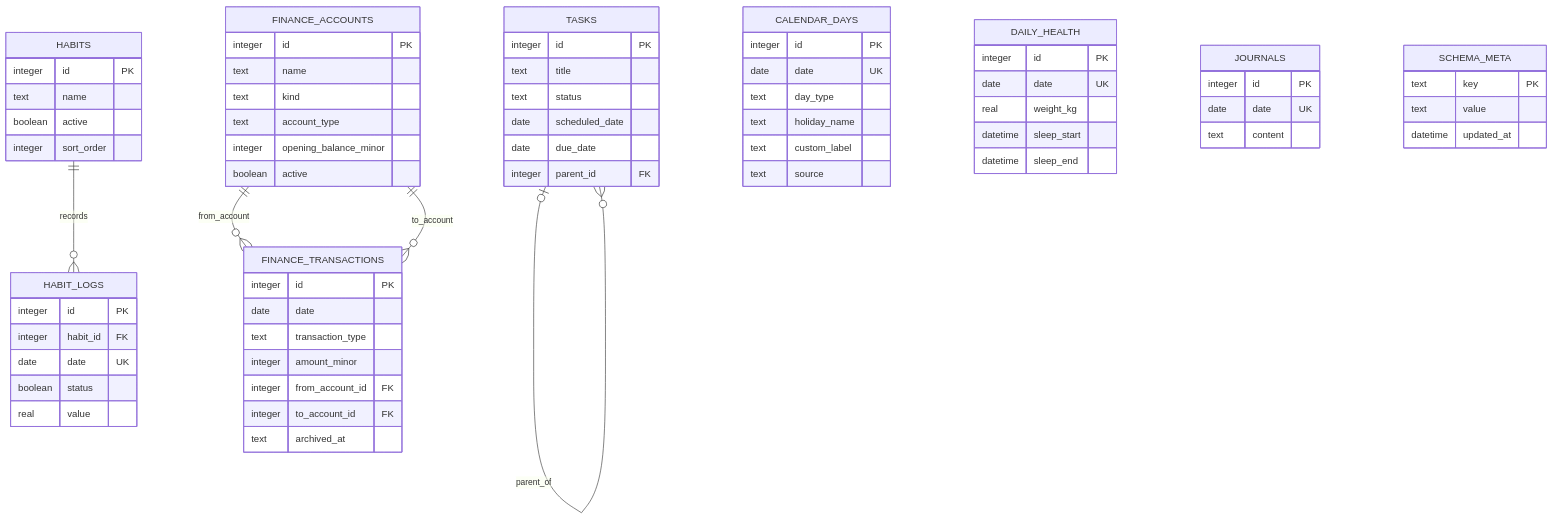
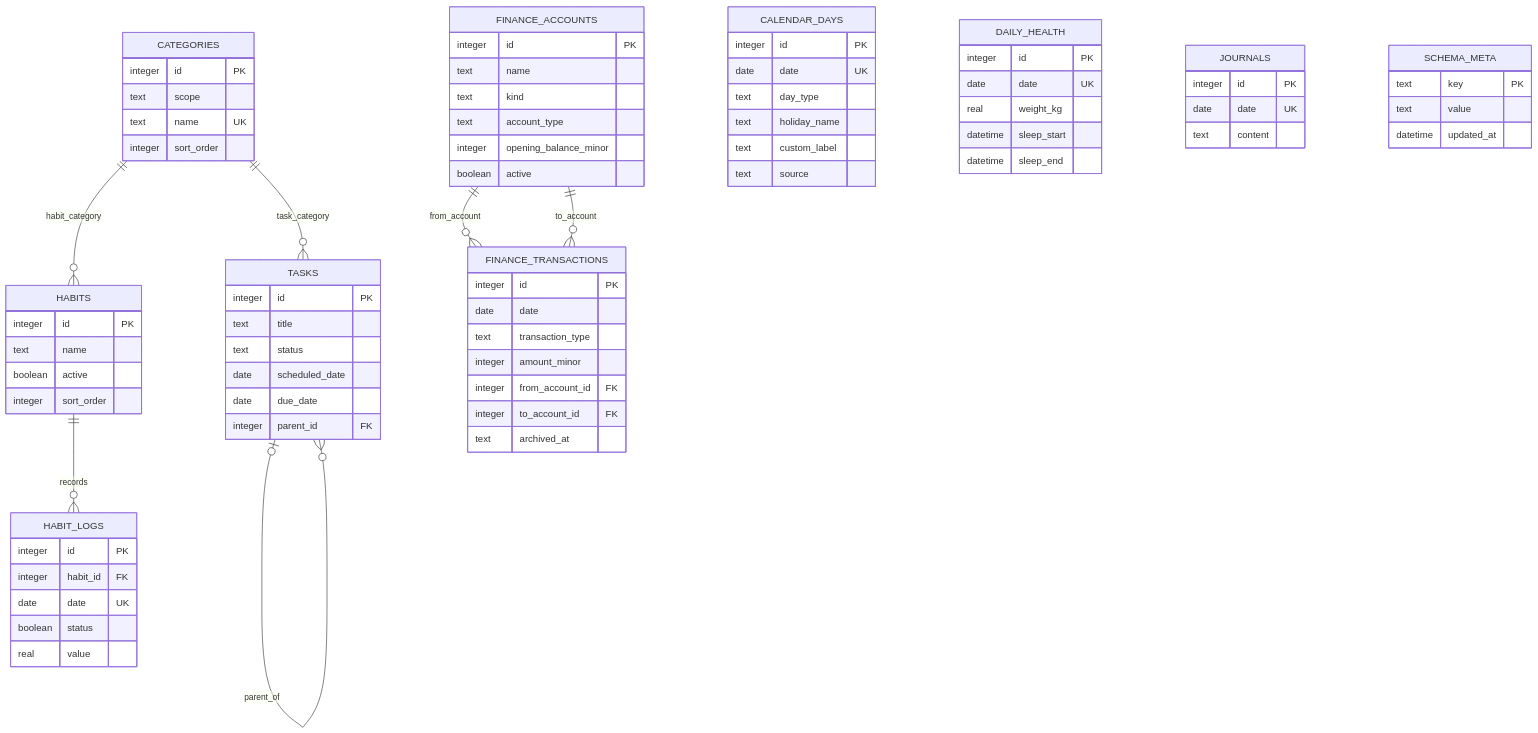
One commit to linfeng0tingyu/life-os changed the diagram in 数据库模型.md. Above: the diagram before and after it, drawn with Mermaid. The commit also changed other lines of this file and 35 other files, not shown here.

````diff
--- a/数据库模型.md
+++ b/数据库模型.md
@@ -29,72 +29,81 @@
 ```mermaid
 erDiagram
+    CATEGORIES ||--o{ HABITS : habit_category
+    CATEGORIES ||--o{ TASKS : task_category
     HABITS ||--o{ HABIT_LOGS : records
     TASKS o|--o{ TASKS : parent_of
     FINANCE_ACCOUNTS ||--o{ FINANCE_TRANSACTIONS : from_account
     FINANCE_ACCOUNTS ||--o{ FINANCE_TRANSACTIONS : to_account
 
     CALENDAR_DAYS {
         integer id PK
         date date UK
         text day_type
         text holiday_name
         text custom_label
         text source
+    }
+
+    CATEGORIES {
+        integer id PK
+        text scope
+        text name UK
+        integer sort_order
     }
 
     HABITS {
         integer id PK
         text name
         boolean active
         integer sort_order
     }
     HABIT_LOGS {
         integer id PK
         integer habit_id FK
         date date UK
         boolean status
         real value
     }
     TASKS {
         integer id PK
         text title
         text status
         date scheduled_date
         date due_date
         integer parent_id FK
     }
     DAILY_HEALTH {
         integer id PK
         date date UK
         real weight_kg
         datetime sleep_start
         datetime sleep_end
     }
     JOURNALS {
         integer id PK
         date date UK
         text content
     }
     FINANCE_ACCOUNTS {
         integer id PK
         text name
         text kind
         text account_type
         integer opening_balance_minor
         boolean active
     }
     FINANCE_TRANSACTIONS {
         integer id PK
         date date
         text transaction_type
         integer amount_minor
         integer from_account_id FK
         integer to_account_id FK
         text archived_at
     }
     SCHEMA_META {
         text key PK
         text value
         datetime updated_at
     }
 ```
````
